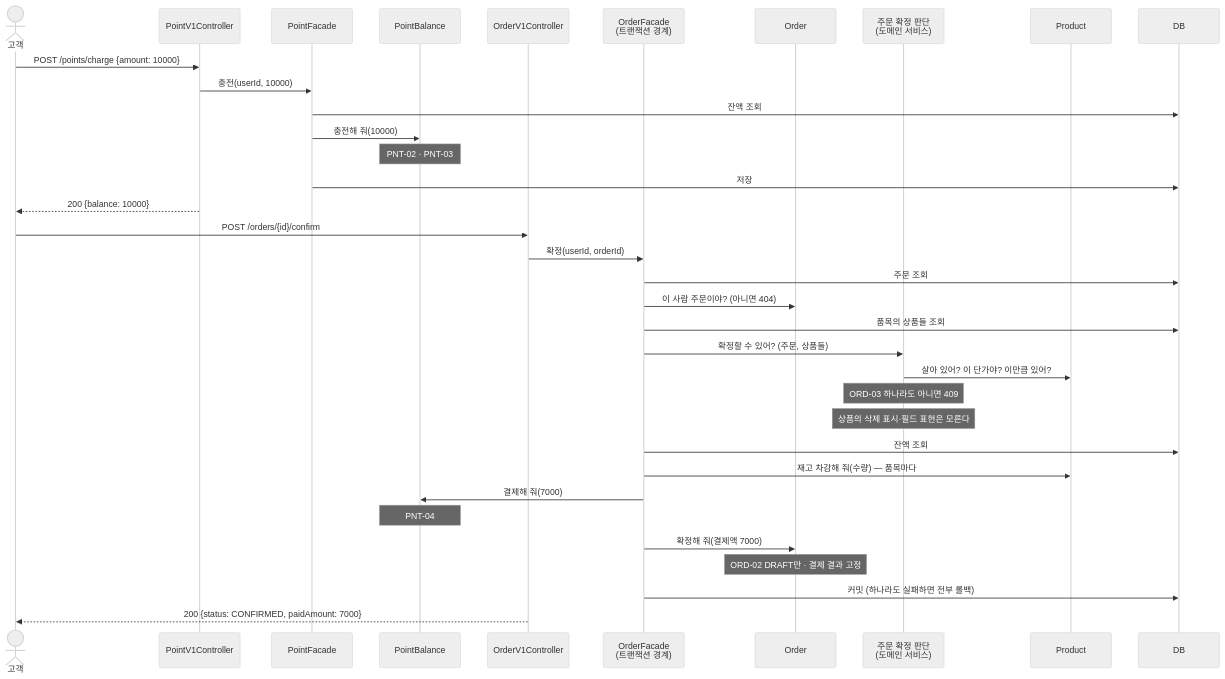
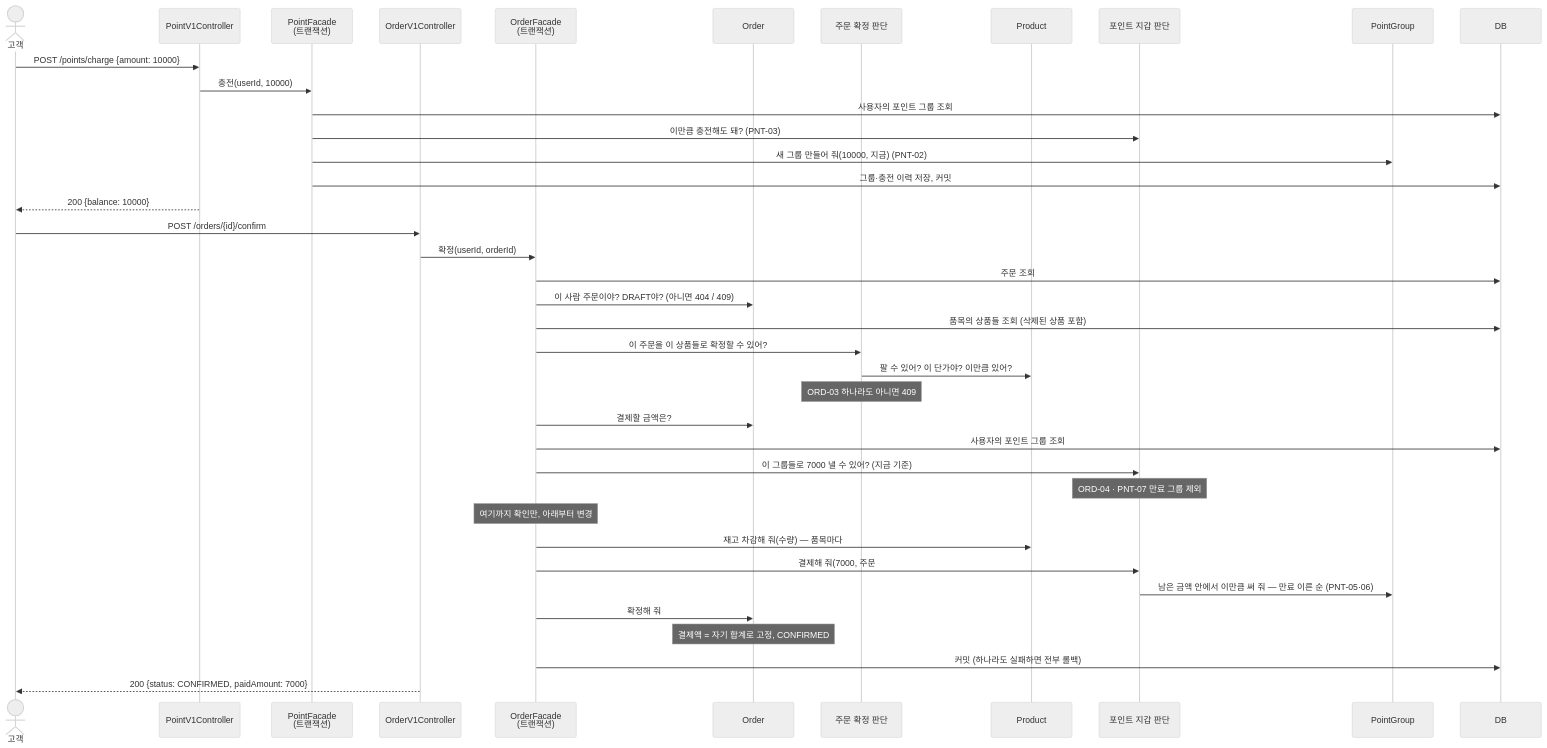
Before and after one commit to loopers-labs/loop-pack-be-l2-vol5-java: the fourth of 4 diagrams in docs/week2/design.md, drawn with Mermaid (neutral theme). The commit also changed other lines of this file, not shown here.

First line of the commit message:
docs: 설계 문서 v0.2 — AI 설계 리뷰 판정, 포인트 그룹 모델, 트랜잭션·오류 매핑·동시성 결정

````diff
--- a/docs/week2/design.md
+++ b/docs/week2/design.md
@@ -276,39 +379,43 @@
 ```mermaid
 sequenceDiagram
   actor 고객
   participant PC as PointV1Controller
-  participant PF as PointFacade
-  participant PB as PointBalance
+  participant PF as PointFacade<br/>(트랜잭션)
   participant OC as OrderV1Controller
-  participant OF as OrderFacade<br/>(트랜잭션 경계)
+  participant OF as OrderFacade<br/>(트랜잭션)
   participant O as Order
-  participant CP as 주문 확정 판단<br/>(도메인 서비스)
+  participant CP as 주문 확정 판단
   participant PR as Product
+  participant W as 포인트 지갑 판단
+  participant G as PointGroup
   participant DB
 
   고객->>PC: POST /points/charge {amount: 10000}
   PC->>PF: 충전(userId, 10000)
-  PF->>DB: 잔액 조회
-  PF->>PB: 충전해 줘(10000)
-  Note over PB: PNT-02 · PNT-03
-  PF->>DB: 저장
+  PF->>DB: 사용자의 포인트 그룹 조회
+  PF->>W: 이만큼 충전해도 돼? (PNT-03)
+  PF->>G: 새 그룹 만들어 줘(10000, 지금) (PNT-02)
+  PF->>DB: 그룹·충전 이력 저장, 커밋
   PC-->>고객: 200 {balance: 10000}
 
   고객->>OC: POST /orders/{id}/confirm
   OC->>OF: 확정(userId, orderId)
   OF->>DB: 주문 조회
-  OF->>O: 이 사람 주문이야? (아니면 404)
-  OF->>DB: 품목의 상품들 조회
-  OF->>CP: 확정할 수 있어? (주문, 상품들)
-  CP->>PR: 살아 있어? 이 단가야? 이만큼 있어?
+  OF->>O: 이 사람 주문이야? DRAFT야? (아니면 404 / 409)
+  OF->>DB: 품목의 상품들 조회 (삭제된 상품 포함)
+  OF->>CP: 이 주문을 이 상품들로 확정할 수 있어?
+  CP->>PR: 팔 수 있어? 이 단가야? 이만큼 있어?
   Note over CP: ORD-03 하나라도 아니면 409
-  Note over CP: 상품의 삭제 표시·필드 표현은 모른다
-  OF->>DB: 잔액 조회
+  OF->>O: 결제할 금액은?
+  OF->>DB: 사용자의 포인트 그룹 조회
+  OF->>W: 이 그룹들로 7000 낼 수 있어? (지금 기준)
+  Note over W: ORD-04 · PNT-07 만료 그룹 제외
+  Note over OF: 여기까지 확인만, 아래부터 변경
   OF->>PR: 재고 차감해 줘(수량) — 품목마다
-  OF->>PB: 결제해 줘(7000)
-  Note over PB: PNT-04
-  OF->>O: 확정해 줘(결제액 7000)
-  Note over O: ORD-02 DRAFT만 · 결제 결과 고정
+  OF->>W: 결제해 줘(7000, 주문 #id)
+  W->>G: 남은 금액 안에서 이만큼 써 줘 — 만료 이른 순 (PNT-05·06)
+  OF->>O: 확정해 줘
+  Note over O: 결제액 = 자기 합계로 고정, CONFIRMED
   OF->>DB: 커밋 (하나라도 실패하면 전부 롤백)
   OC-->>고객: 200 {status: CONFIRMED, paidAmount: 7000}
 ```
````
